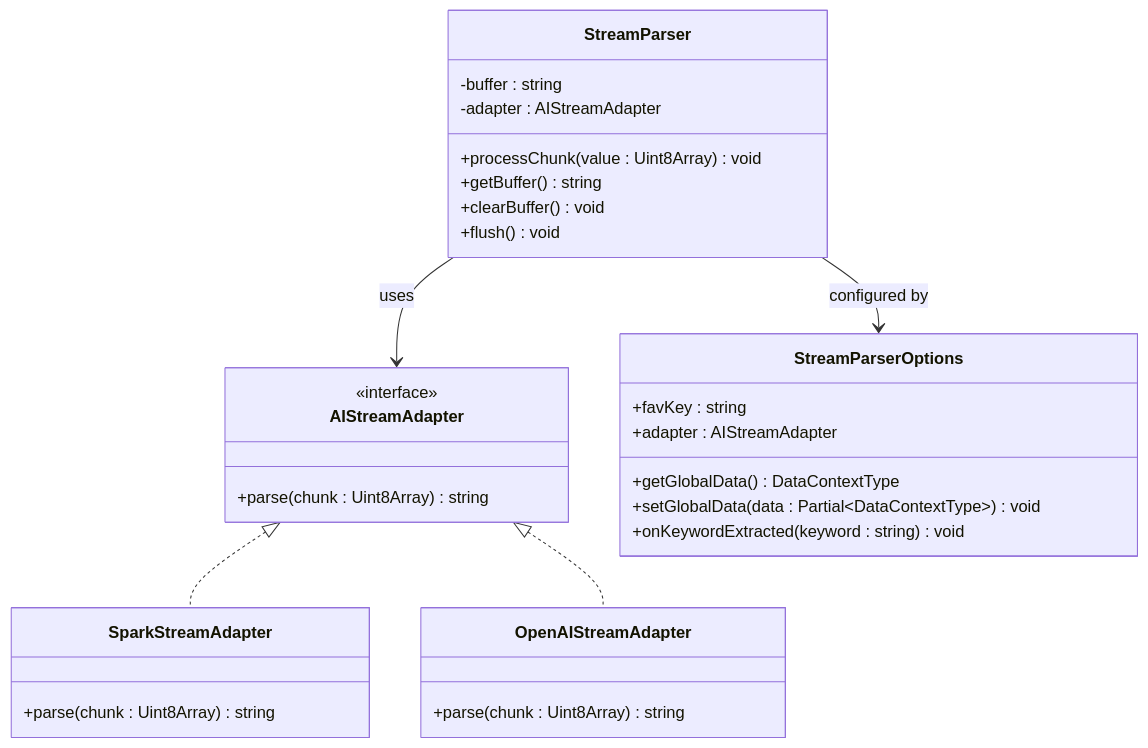
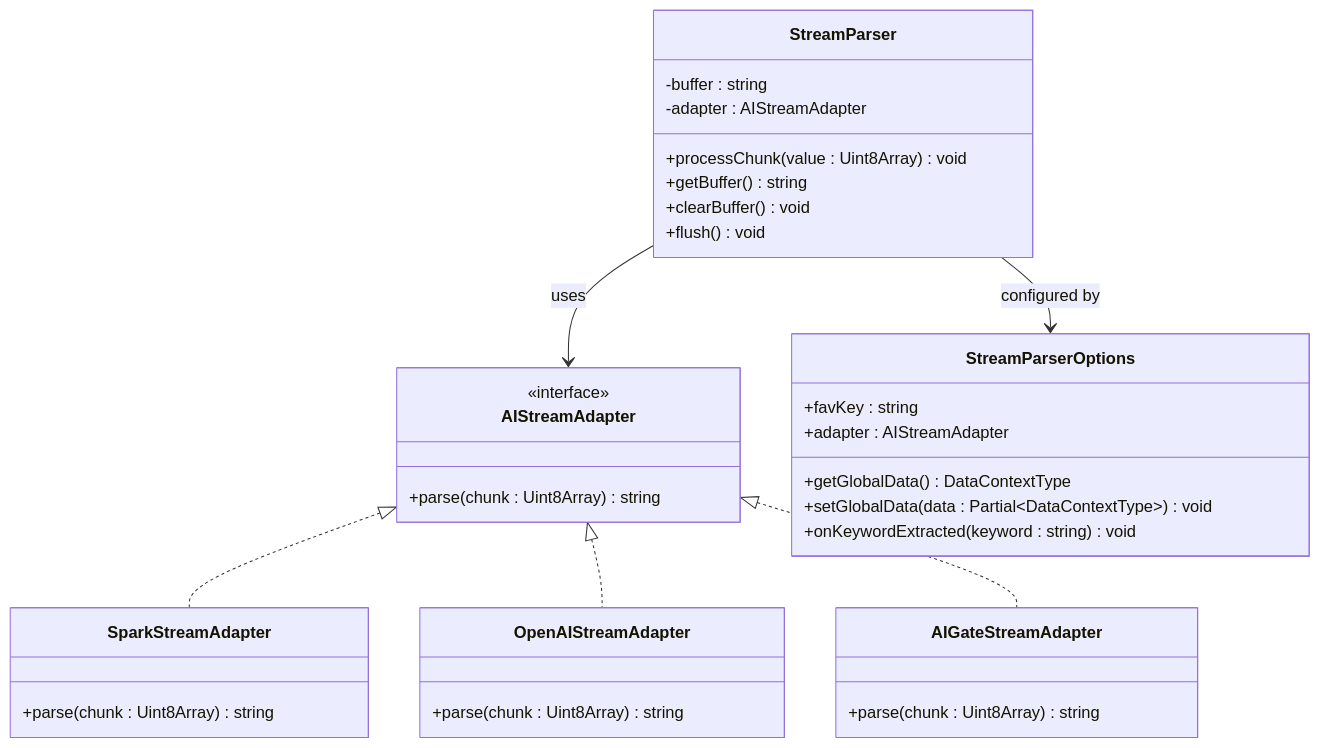
The fifth of 12 diagrams in .qoder/repowiki/zh/content/核心功能模块/AI关键词提取系统.md (RadiumAg/bilibili-favorites), drawn with Mermaid before and after one commit. The commit also changed other lines of this file and 2 other files, not shown here.

````diff
--- a/.qoder/repowiki/zh/content/核心功能模块/AI关键词提取系统.md
+++ b/.qoder/repowiki/zh/content/核心功能模块/AI关键词提取系统.md
@@ -176,32 +273,36 @@
 ```mermaid
 classDiagram
 class AIStreamAdapter {
 <<interface>>
 +parse(chunk : Uint8Array) string
 }
 class SparkStreamAdapter {
 +parse(chunk : Uint8Array) string
 }
 class OpenAIStreamAdapter {
++parse(chunk : Uint8Array) string
+}
+class AIGateStreamAdapter {
 +parse(chunk : Uint8Array) string
 }
 class StreamParser {
 -buffer : string
 -adapter : AIStreamAdapter
 +processChunk(value : Uint8Array) void
 +getBuffer() string
 +clearBuffer() void
 +flush() void
 }
 class StreamParserOptions {
 +favKey : string
 +getGlobalData() DataContextType
 +setGlobalData(data : Partial~DataContextType~) void
 +onKeywordExtracted(keyword : string) void
 +adapter : AIStreamAdapter
 }
 AIStreamAdapter <|.. SparkStreamAdapter
 AIStreamAdapter <|.. OpenAIStreamAdapter
+AIStreamAdapter <|.. AIGateStreamAdapter
 StreamParser --> AIStreamAdapter : uses
 StreamParser --> StreamParserOptions : configured by
 ```
````
